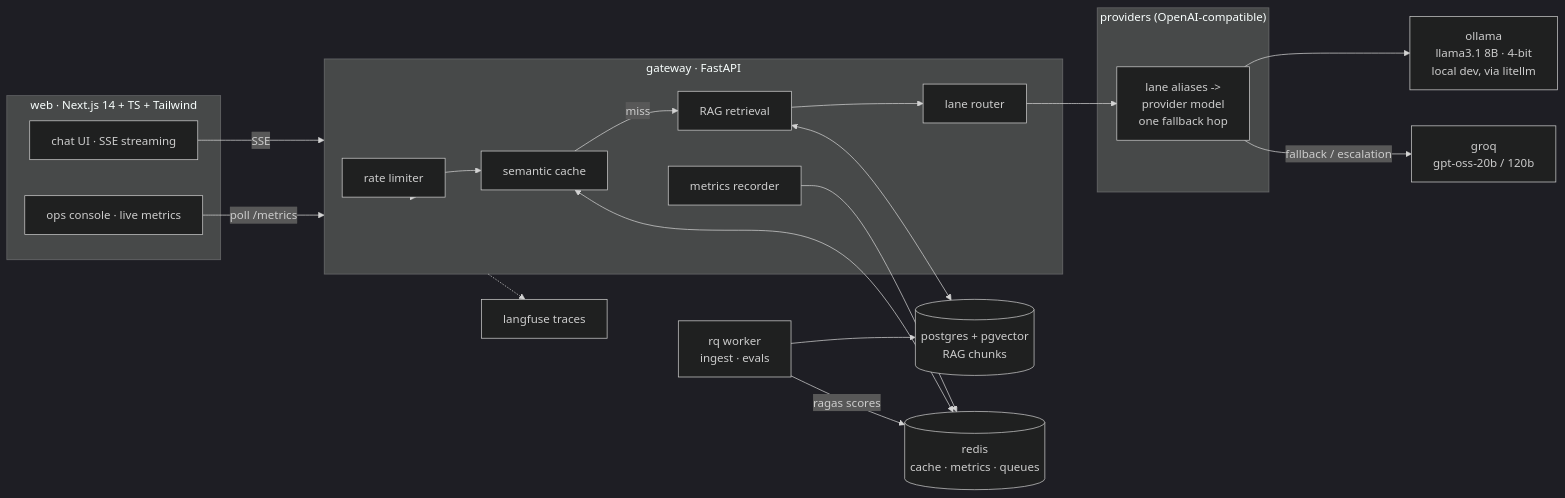
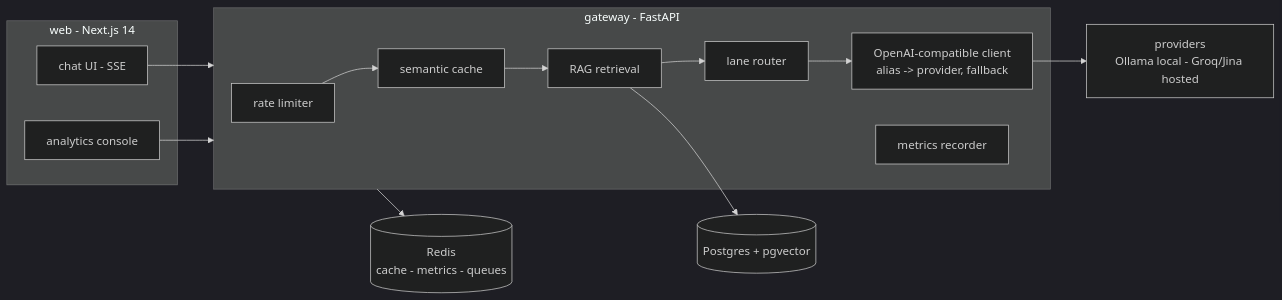
Before and after one commit to rizvihasan/tokenroute: the diagram in README.md, drawn with Mermaid (dark theme). The commit also changed other lines of this file and 8 other files, not shown here.

First line of the commit message:
feat: OSS launch package - OpenAI-compatible /v1 endpoint, Apache 2.0, product + architecture docs

````diff
--- a/README.md
+++ b/README.md
@@ -9,40 +64,22 @@
 ```mermaid
 flowchart LR
-    subgraph web["web · Next.js 14 + TS + Tailwind"]
-        UI[chat UI · SSE streaming]
-        Console[ops console · live metrics]
+    subgraph web["web - Next.js 14"]
+        UI[chat UI - SSE]
+        Console[analytics console]
     end
+    subgraph gw["gateway - FastAPI"]
+        RL[rate limiter] --> SC[semantic cache]
+        SC --> RAG[RAG retrieval] --> RT[lane router]
+        RT --> LLM[OpenAI-compatible client<br/>alias -> provider, fallback]
+        GW2[metrics recorder]
+    end
+    Redis[(Redis<br/>cache - metrics - queues)]
+    PG[(Postgres + pgvector)]
+    Prov[providers<br/>Ollama local - Groq/Jina hosted]
 
-    subgraph gateway["gateway · FastAPI"]
-        RL[rate limiter]
-        SC[semantic cache]
-        RT[lane router]
-        RAG[RAG retrieval]
-        MET[metrics recorder]
-    end
-
-    subgraph providers["providers (OpenAI-compatible)"]
-        Route[lane aliases -><br/>provider model<br/>one fallback hop]
-    end
-
-    Local[ollama<br/>llama3.1 8B · 4-bit<br/>local dev, via litellm]
-    Cloud[groq<br/>gpt-oss-20b / 120b]
-    Redis[(redis<br/>cache · metrics · queues)]
-    PG[(postgres + pgvector<br/>RAG chunks)]
-    Worker[rq worker<br/>ingest · evals]
-    LF[langfuse traces]
-
-    UI -->|SSE| gateway
-    Console -->|poll /metrics| gateway
-    gateway --> RL --> SC
-    SC -->|miss| RAG --> RT
-    RT --> Route
-    Route --> Local
-    Route -->|fallback / escalation| Cloud
-    SC <--> Redis
-    MET --> Redis
-    RAG <--> PG
-    Worker --> PG
-    Worker -->|ragas scores| Redis
-    gateway -.-> LF
+    UI --> gw
+    Console --> gw
+    gw --> Redis
+    RAG --> PG
+    LLM --> Prov
 ```
````
